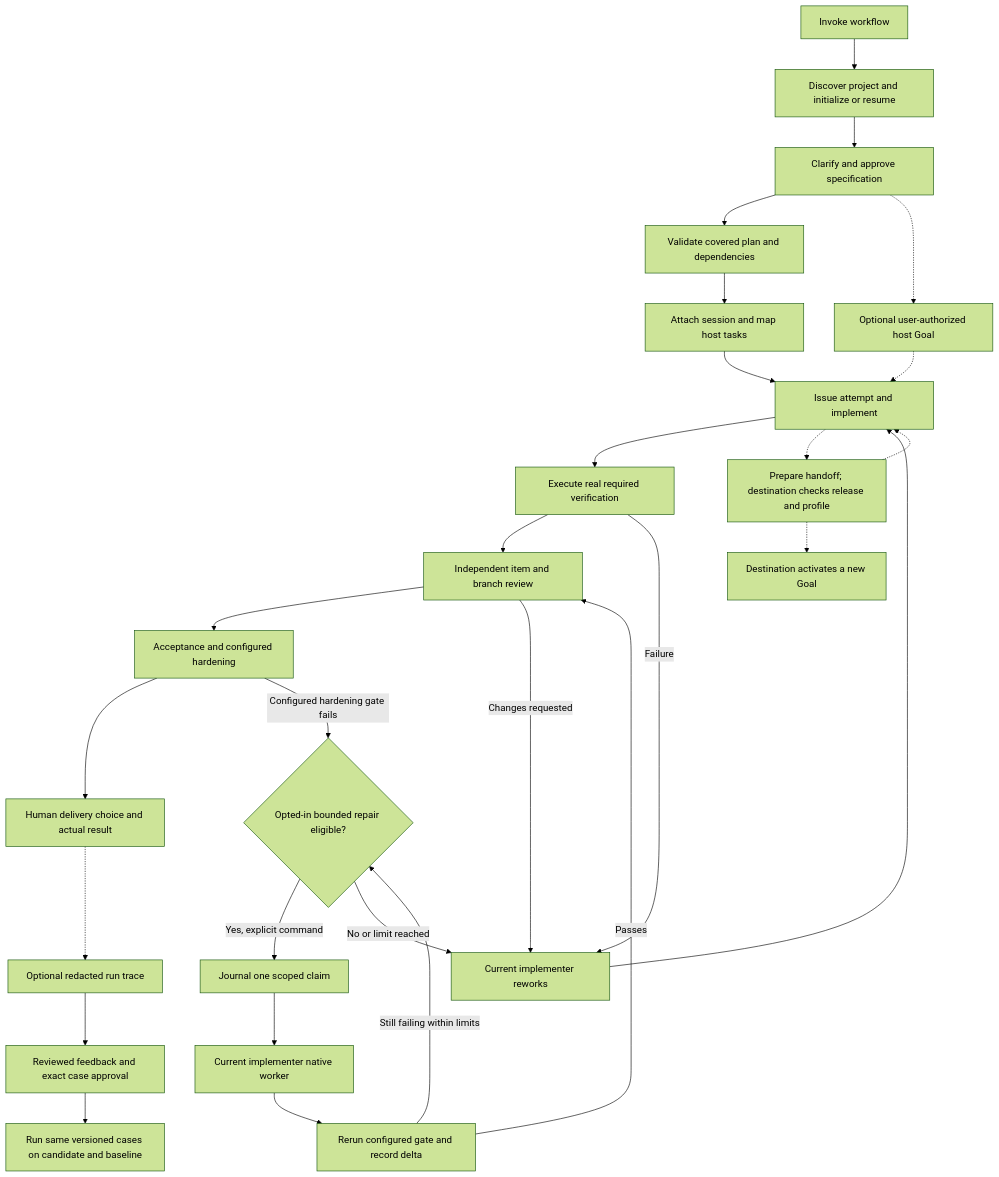
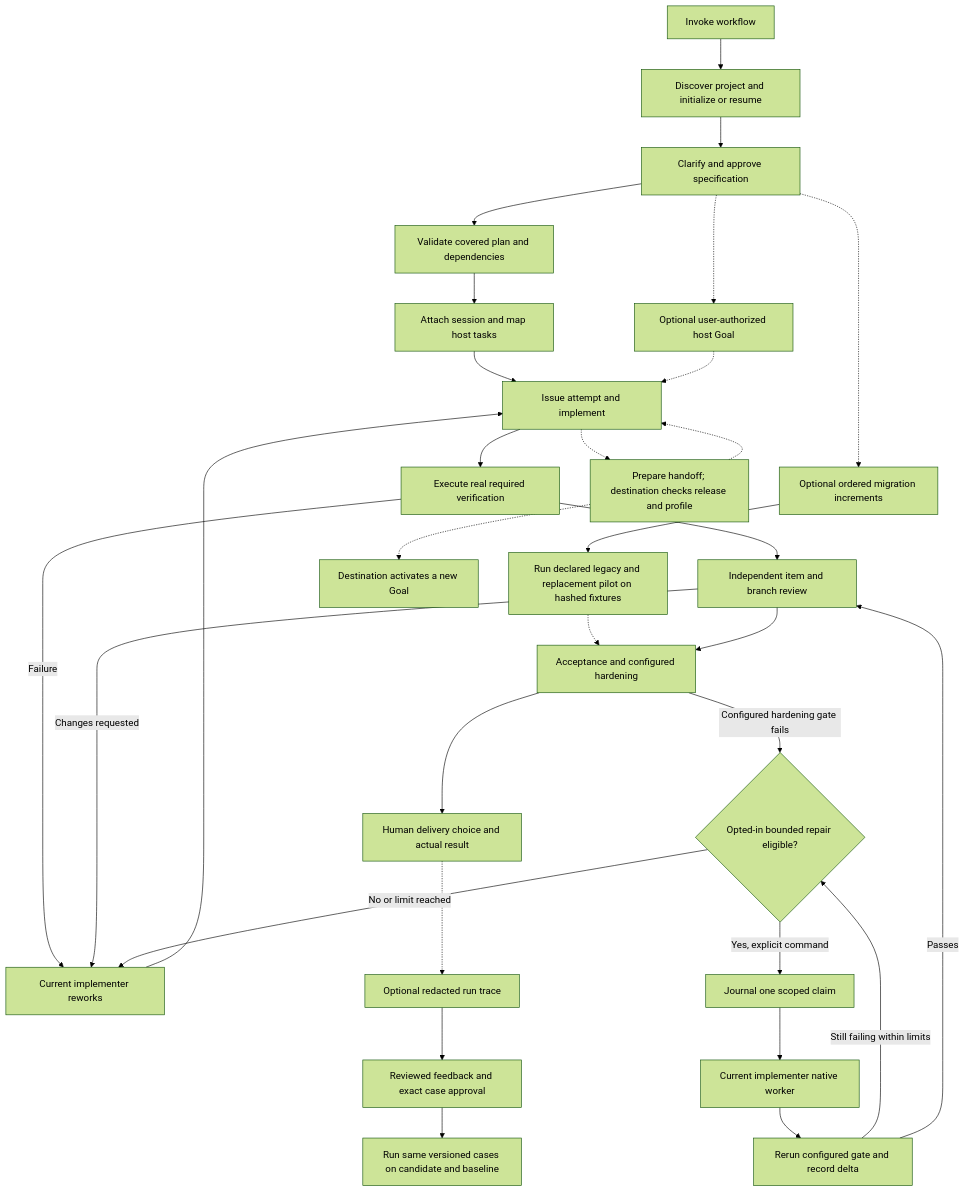
Before and after one commit to wgentil/devflow: the diagram in docs/setup-and-usage.md, drawn with Mermaid (forest theme). The commit also changed other lines of this file and 14 other files, not shown here.

````diff
--- a/docs/setup-and-usage.md
+++ b/docs/setup-and-usage.md
@@ -42,30 +42,33 @@
 ```mermaid
 flowchart TD
     Invoke[Invoke workflow] --> Init[Discover project and initialize or resume]
     Init --> Spec[Clarify and approve specification]
     Spec --> Plan[Validate covered plan and dependencies]
+    Spec -.-> Migration[Optional ordered migration increments]
+    Migration --> Pilot[Run declared legacy and replacement pilot on hashed fixtures]
+    Pilot -.-> Accept
     Plan --> Attach[Attach session and map host tasks]
     Attach --> Work[Issue attempt and implement]
     Work --> Proof[Execute real required verification]
     Proof --> Review[Independent item and branch review]
     Review --> Accept[Acceptance and configured hardening]
     Accept --> Deliver[Human delivery choice and actual result]
     Proof -->|Failure| Fix[Current implementer reworks]
     Review -->|Changes requested| Fix
     Accept -->|Configured hardening gate fails| Repair{Opted-in bounded repair eligible?}
     Repair -->|Yes, explicit command| Claim[Journal one scoped claim]
     Claim --> Worker[Current implementer native worker]
     Worker --> Recheck[Rerun configured gate and record delta]
     Recheck -->|Still failing within limits| Repair
     Recheck -->|Passes| Review
     Repair -->|No or limit reached| Fix
     Fix --> Work
     Work -.-> Transfer[Prepare handoff; destination checks release and profile]
     Transfer -.-> Work
     Spec -.-> Goal[Optional user-authorized host Goal]
     Goal -.-> Work
     Transfer -.-> NewGoal[Destination activates a new Goal]
     Deliver -.-> Trace[Optional redacted run trace]
     Trace --> Feedback[Reviewed feedback and exact case approval]
     Feedback --> Eval[Run same versioned cases on candidate and baseline]
 ```
````
